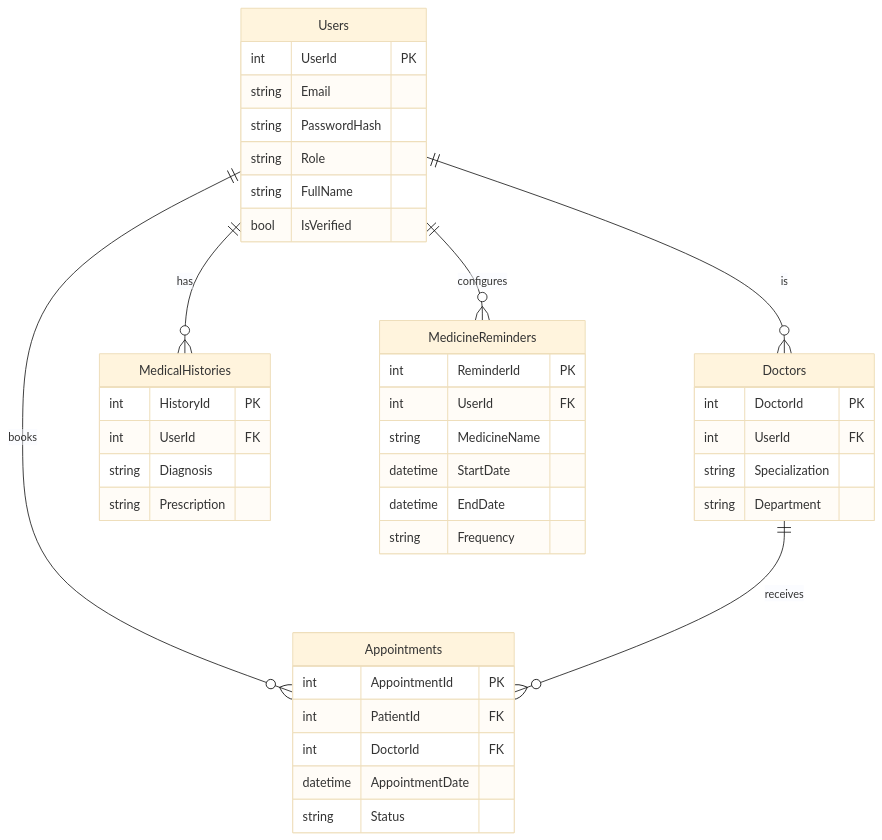
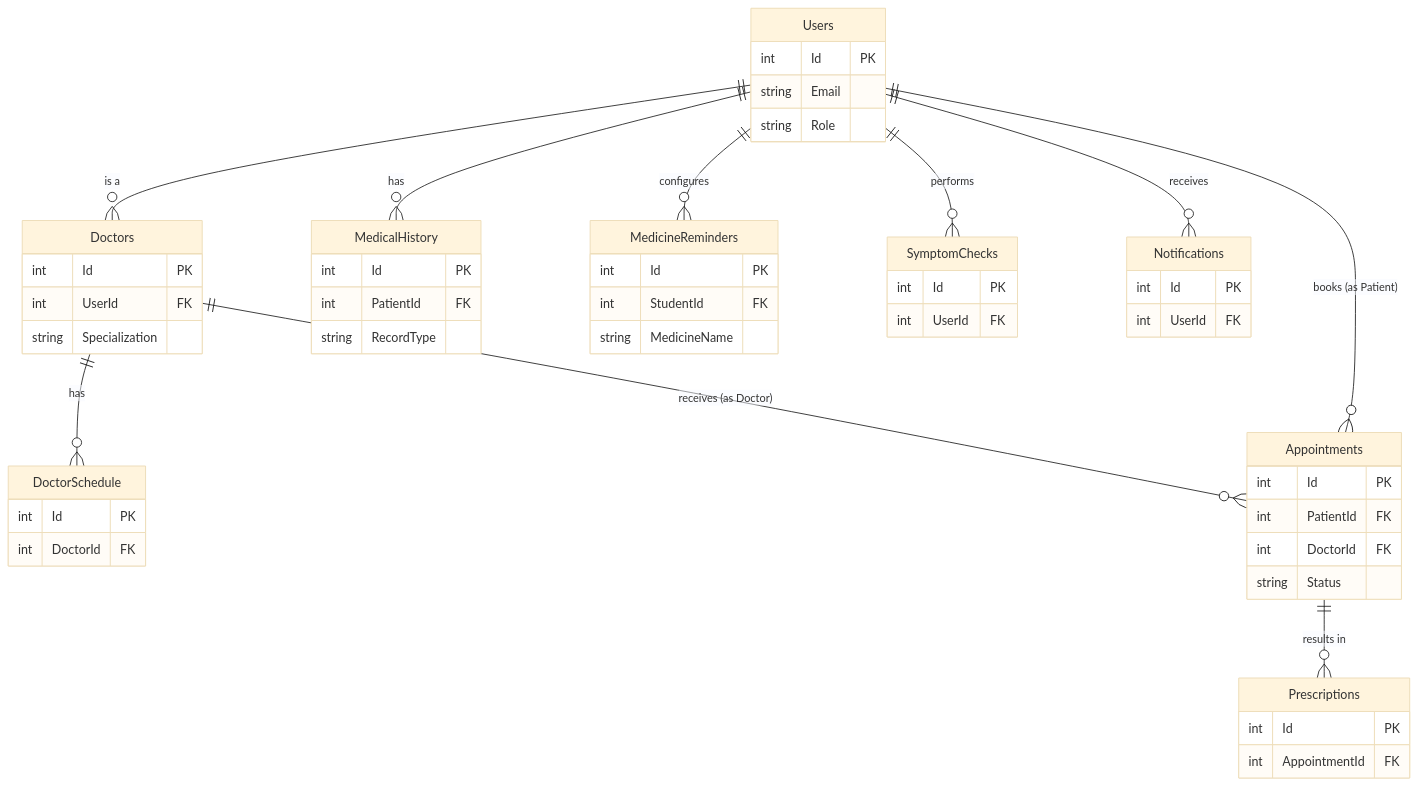
Before and after one commit to mediaibuitems-ui/Medi-AI_B_F: the third of 20 diagrams in Medi_AI_Backend_railway/thesis/Medi-AI_Thesis.md, drawn with Mermaid (base theme). The commit also changed other lines of this file and 1 other file, not shown here.

Commit message:
docs: align thesis diagrams with technical audit findings

````diff
--- a/Medi_AI_Backend_railway/thesis/Medi-AI_Thesis.md
+++ b/Medi_AI_Backend_railway/thesis/Medi-AI_Thesis.md
@@ -627,43 +625,54 @@
 ```mermaid
 erDiagram
     Users {
-        int UserId PK
+        int Id PK
         string Email
-        string PasswordHash
         string Role
-        string FullName
-        bool IsVerified
     }
     Doctors {
-        int DoctorId PK
+        int Id PK
         int UserId FK
         string Specialization
-        string Department
+    }
+    DoctorSchedule {
+        int Id PK
+        int DoctorId FK
     }
     Appointments {
-        int AppointmentId PK
+        int Id PK
         int PatientId FK
         int DoctorId FK
-        datetime AppointmentDate
         string Status
     }
-    MedicalHistories {
-        int HistoryId PK
-        int UserId FK
-        string Diagnosis
-        string Prescription
+    Prescriptions {
+        int Id PK
+        int AppointmentId FK
+    }
+    MedicalHistory {
+        int Id PK
+        int PatientId FK
+        string RecordType
     }
     MedicineReminders {
-        int ReminderId PK
+        int Id PK
+        int StudentId FK
+        string MedicineName
+    }
+    SymptomChecks {
+        int Id PK
         int UserId FK
-        string MedicineName
-        datetime StartDate
-        datetime EndDate
-        string Frequency
     }
-    Users ||--o{ Doctors : is
-    Users ||--o{ Appointments : books
-    Doctors ||--o{ Appointments : receives
-    Users ||--o{ MedicalHistories : has
-    Users ||--o{ MedicineReminders : configures
+    Notifications {
+        int Id PK
+        int UserId FK
+    }
+    Users ||--o{ Doctors : "is a"
+    Users ||--o{ Appointments : "books (as Patient)"
+    Doctors ||--o{ Appointments : "receives (as Doctor)"
+    Doctors ||--o{ DoctorSchedule : "has"
+    Appointments ||--o{ Prescriptions : "results in"
+    Users ||--o{ MedicalHistory : "has"
+    Users ||--o{ MedicineReminders : "configures"
+    Users ||--o{ SymptomChecks : "performs"
+    Users ||--o{ Notifications : "receives"
 ```
````
